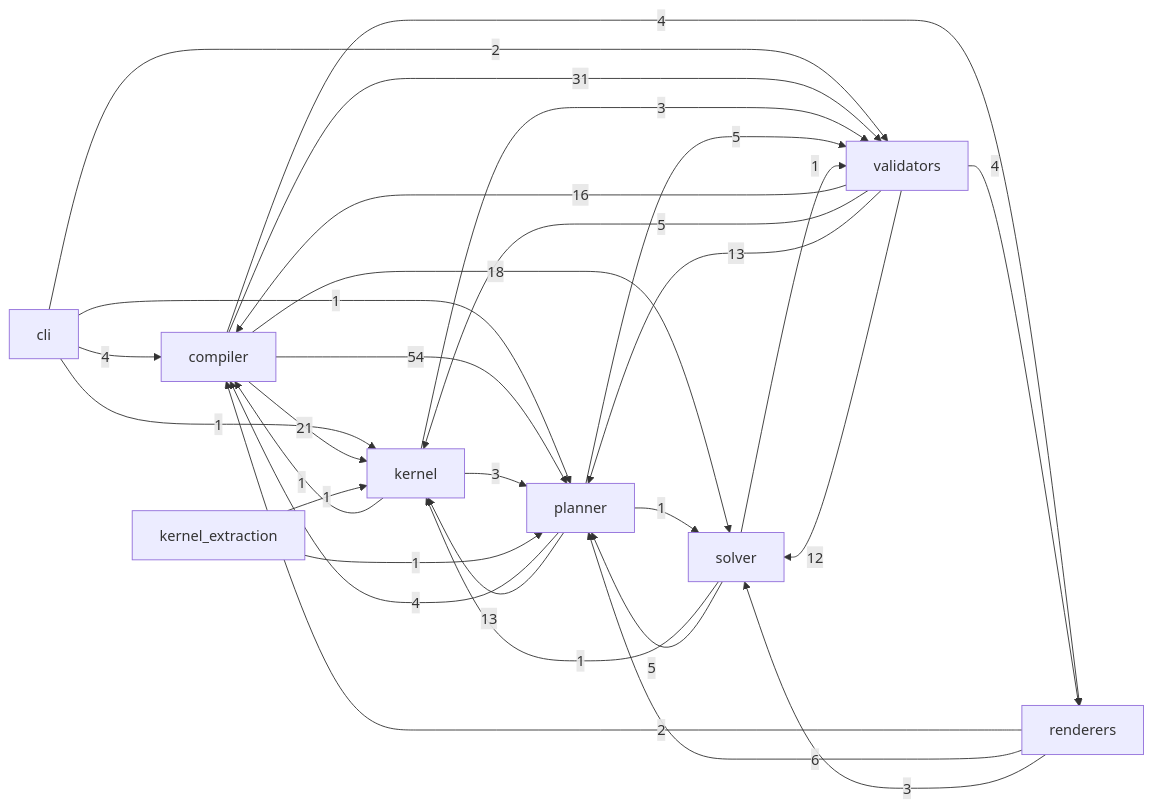
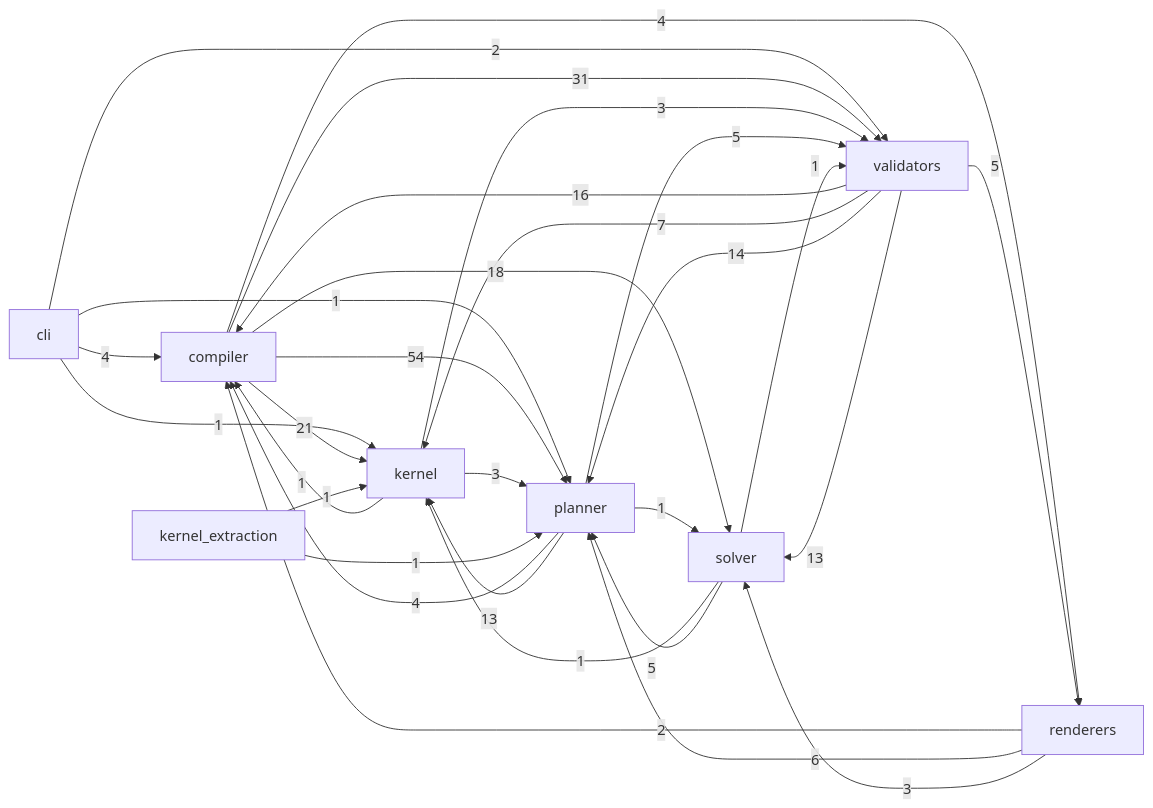
The diagram in docs/reference/code.md (Kingsley-Cyber/cinematic-compiler-core), drawn with Mermaid before and after one commit. The commit also changed other lines of this file and 14 other files, not shown here.

````diff
--- a/docs/reference/code.md
+++ b/docs/reference/code.md
@@ -15,32 +15,32 @@
 ```mermaid
 flowchart LR
   cli -->|4| compiler
   cli -->|1| kernel
   cli -->|1| planner
   cli -->|2| validators
   compiler -->|21| kernel
   compiler -->|54| planner
   compiler -->|4| renderers
   compiler -->|18| solver
   compiler -->|31| validators
   kernel -->|1| compiler
   kernel -->|3| planner
   kernel -->|3| validators
   kernel_extraction -->|1| kernel
   kernel_extraction -->|1| planner
   planner -->|4| compiler
   planner -->|13| kernel
   planner -->|1| solver
   planner -->|5| validators
   renderers -->|2| compiler
   renderers -->|6| planner
   renderers -->|3| solver
   solver -->|1| kernel
   solver -->|5| planner
   solver -->|1| validators
   validators -->|16| compiler
-  validators -->|5| kernel
-  validators -->|13| planner
-  validators -->|4| renderers
-  validators -->|12| solver
+  validators -->|7| kernel
+  validators -->|14| planner
+  validators -->|5| renderers
+  validators -->|13| solver
 ```
````
